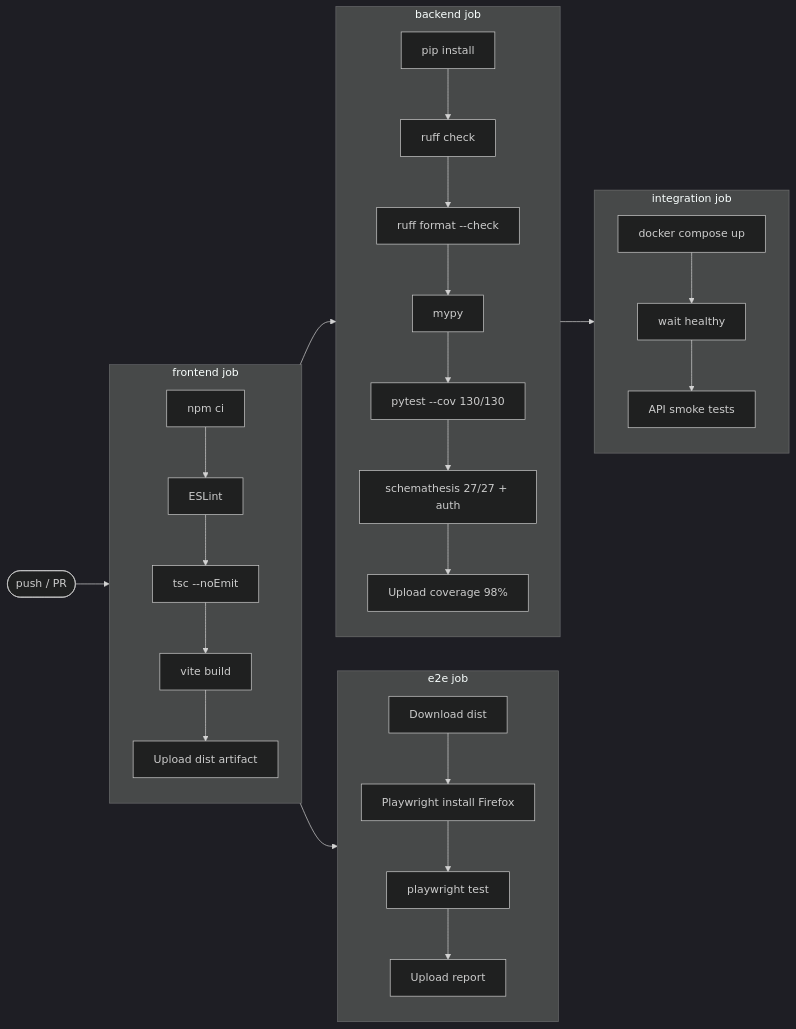
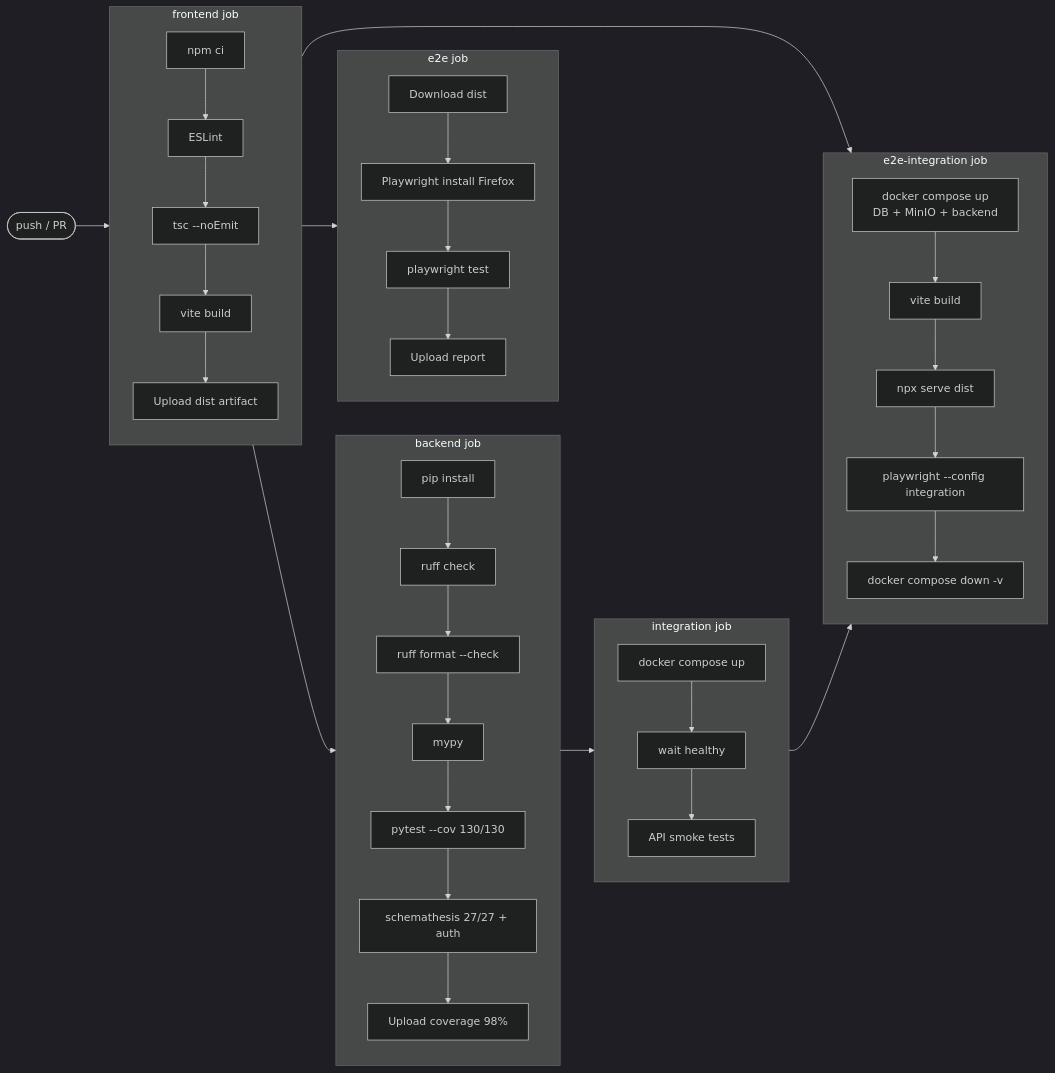
The second of 3 diagrams in README.md (Kensan196948G/ArcSphere3D), drawn with Mermaid (dark theme) before and after one commit. The commit also changed other lines of this file and 1 other file, not shown here.

````diff
--- a/README.md
+++ b/README.md
@@ -180,35 +201,44 @@
 ```mermaid
 flowchart LR
     A([push / PR]) --> F
 
     subgraph F["frontend job"]
         F1[npm ci] --> F2[ESLint]
         F2 --> F3[tsc --noEmit]
         F3 --> F4[vite build]
         F4 --> F5[Upload dist artifact]
     end
 
     subgraph E["e2e job"]
         E1[Download dist] --> E2[Playwright install Firefox]
         E2 --> E3[playwright test]
         E3 --> E4[Upload report]
     end
 
     subgraph B["backend job"]
         B1[pip install] --> B2[ruff check]
         B2 --> B3[ruff format --check]
         B3 --> B4[mypy]
         B4 --> B5[pytest --cov 130/130]
         B5 --> B6[schemathesis 27/27 + auth]
         B6 --> B7[Upload coverage 98%]
     end
 
     subgraph I["integration job"]
         I1[docker compose up] --> I2[wait healthy]
         I2 --> I3[API smoke tests]
     end
 
+    subgraph EI["e2e-integration job"]
+        EI1[docker compose up\nDB + MinIO + backend] --> EI2[vite build]
+        EI2 --> EI3[npx serve dist]
+        EI3 --> EI4[playwright --config integration]
+        EI4 --> EI5[docker compose down -v]
+    end
+
     F --> E
     F --> B
     B --> I
+    F --> EI
+    I --> EI
 ```
````
